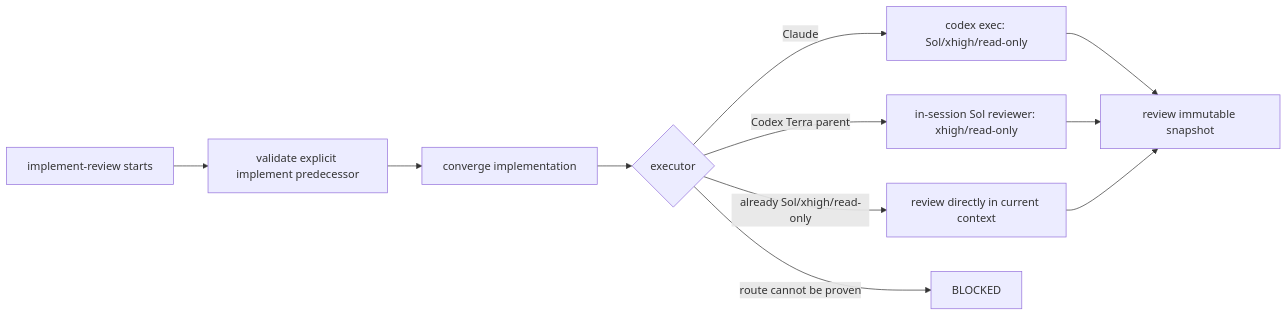
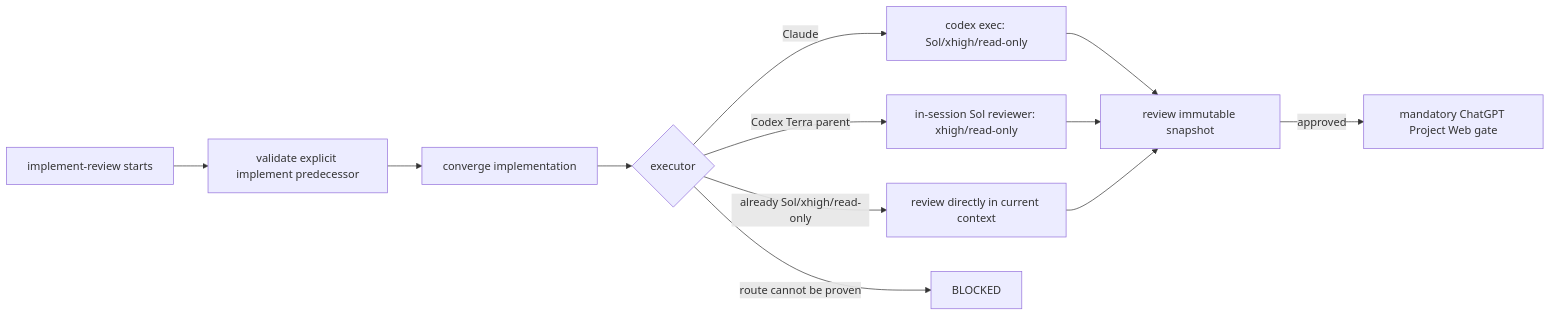
Before and after one commit to ds1david/speckit-powerpack: the first of 3 diagrams in docs/IMPLEMENT_REVIEW.md, drawn with Mermaid. The commit also changed other lines of this file, not shown here.

Commit message:
docs(review): require Web consent and dual approval

````diff
--- a/docs/IMPLEMENT_REVIEW.md
+++ b/docs/IMPLEMENT_REVIEW.md
@@ -49,13 +55,14 @@
 ```mermaid
 flowchart LR
     S[implement-review starts] --> P[validate explicit implement predecessor]
     P --> C[converge implementation]
     C --> E{executor}
     E -->|Claude| X[codex exec: Sol/xhigh/read-only]
     E -->|Codex Terra parent| I[in-session Sol reviewer: xhigh/read-only]
     E -->|already Sol/xhigh/read-only| D[review directly in current context]
     E -->|route cannot be proven| B[BLOCKED]
     X --> R[review immutable snapshot]
     I --> R
     D --> R
+    R -->|approved| W[mandatory ChatGPT Project Web gate]
 ```
````
